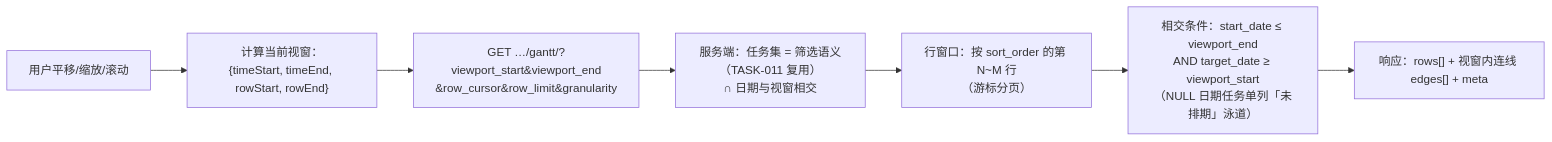
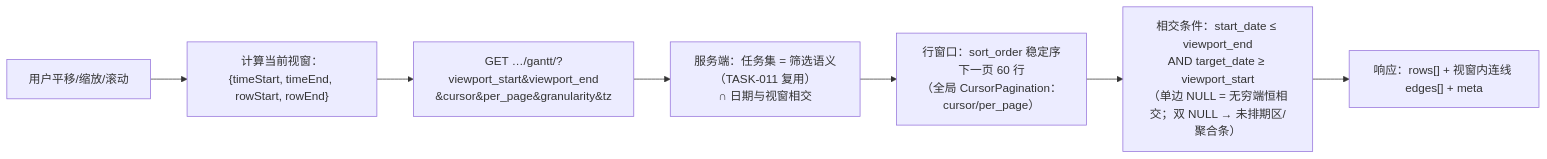
Before and after one commit to RabbitAI-Lab/RabbitProjects: the first of 3 diagrams in docs/sprint-4-gantt-file/GANTT-001-gantt-core.md, drawn with Mermaid. The commit also changed other lines of this file and 6 other files, not shown here.

````diff
--- a/docs/sprint-4-gantt-file/GANTT-001-gantt-core.md
+++ b/docs/sprint-4-gantt-file/GANTT-001-gantt-core.md
@@ -49,9 +49,9 @@
 ```mermaid
 flowchart LR
     A["用户平移/缩放/滚动"] --> B["计算当前视窗：<br/>{timeStart, timeEnd, rowStart, rowEnd}"]
-    B --> C["GET …/gantt/?viewport_start&viewport_end<br/>&row_cursor&row_limit&granularity"]
+    B --> C["GET …/gantt/?viewport_start&viewport_end<br/>&cursor&per_page&granularity&tz"]
     C --> D["服务端：任务集 = 筛选语义（TASK-011 复用）<br/>∩ 日期与视窗相交"]
-    D --> E["行窗口：按 sort_order 的第 N~M 行<br/>（游标分页）"]
-    E --> F["相交条件：start_date ≤ viewport_end<br/>AND target_date ≥ viewport_start<br/>（NULL 日期任务单列「未排期」泳道）"]
+    D --> E["行窗口：sort_order 稳定序下一页 60 行<br/>（全局 CursorPagination：cursor/per_page）"]
+    E --> F["相交条件：start_date ≤ viewport_end<br/>AND target_date ≥ viewport_start<br/>（单边 NULL = 无穷端恒相交；双 NULL → 未排期区/聚合条）"]
     F --> G["响应：rows[] + 视窗内连线 edges[] + meta"]
 ```
````
